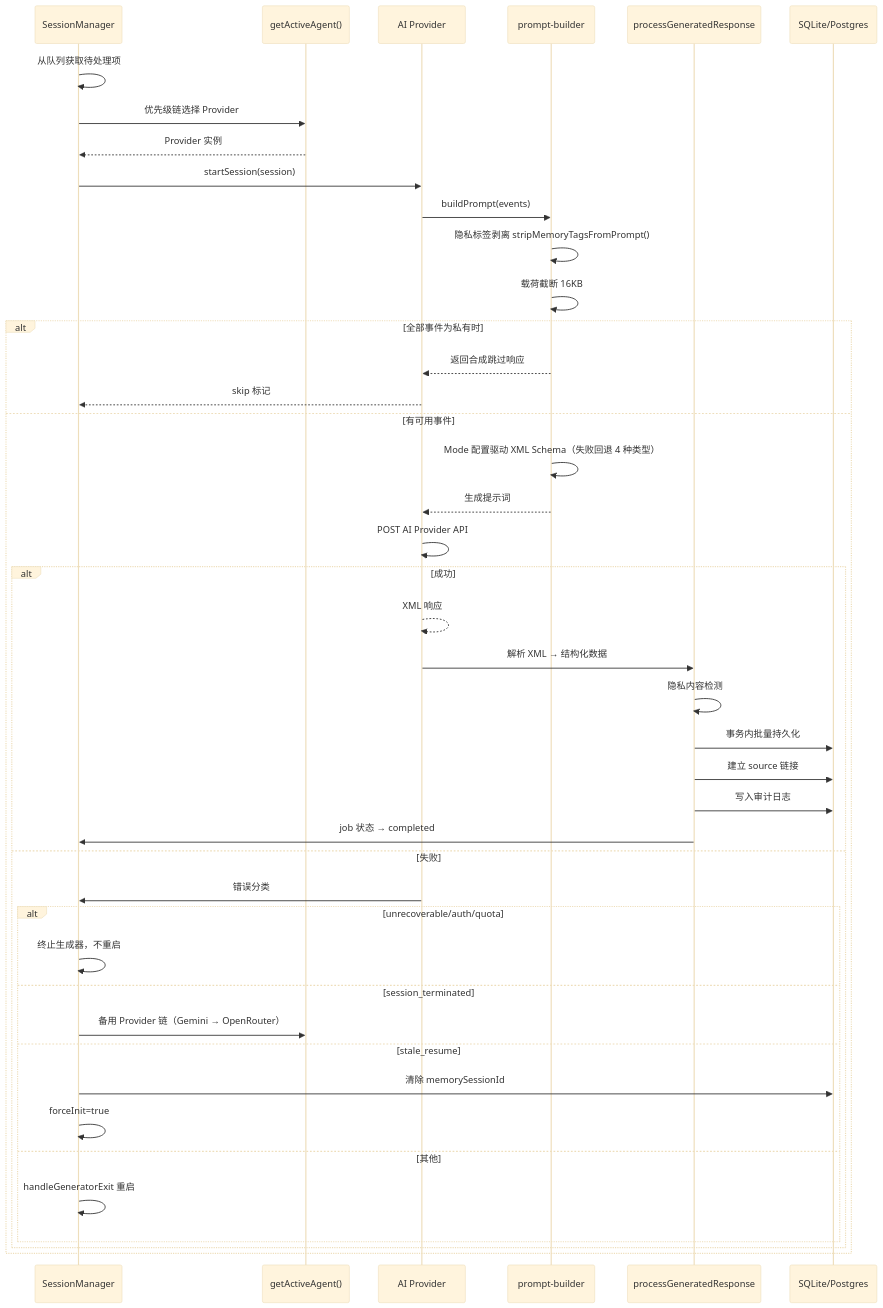
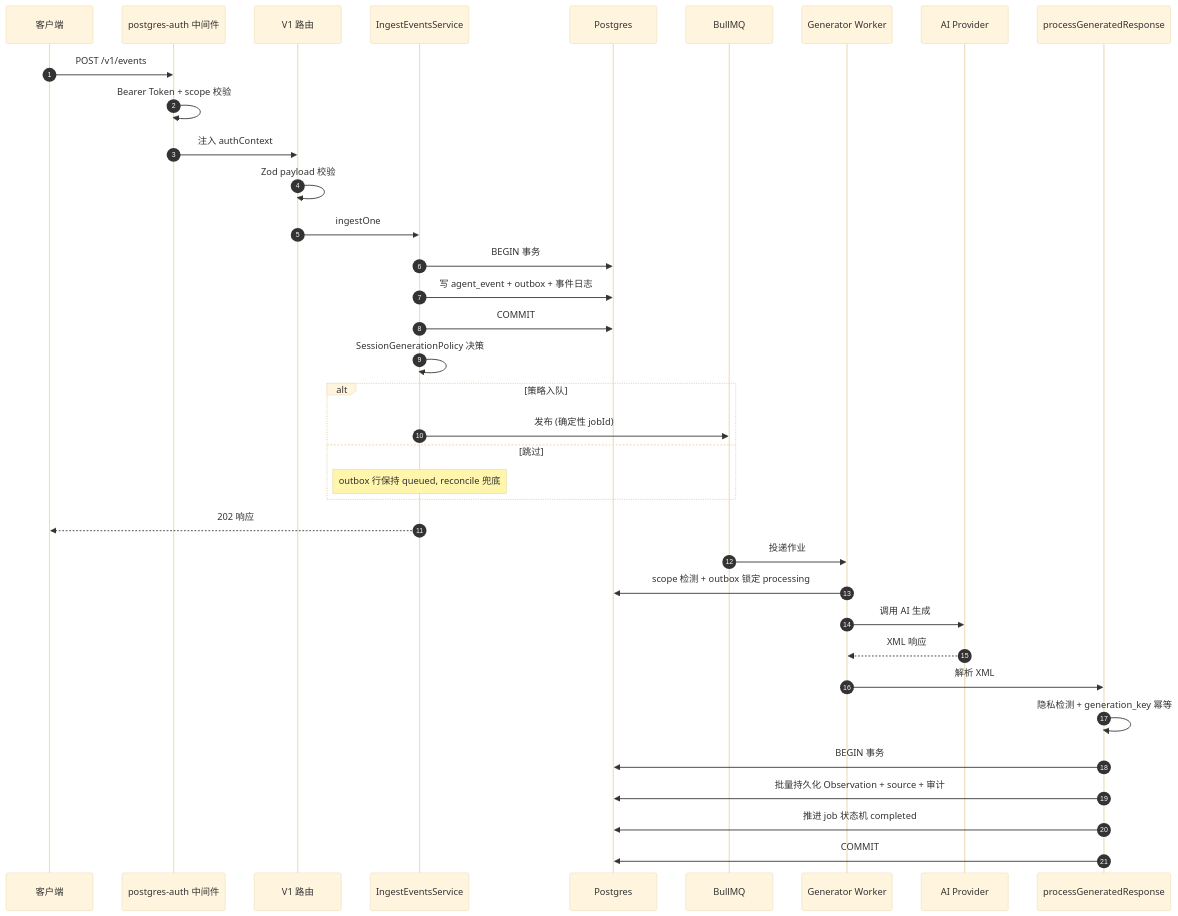
Before and after one commit to sharesdoc/claude-mem: diagram 11 of 14 in doc/B-系统设计文档.md, drawn with Mermaid (base theme). The commit also changed other lines of this file and 22 other files, not shown here.

````diff
--- a/doc/B-系统设计文档.md
+++ b/doc/B-系统设计文档.md
@@ -732,46 +679,39 @@
 ```mermaid
 sequenceDiagram
-    participant SM as SessionManager
-    participant AG as getActiveAgent()
-    participant Prov as AI Provider
-    participant PB as prompt-builder
+    autonumber
+    participant C as 客户端
+    participant MW as postgres-auth 中间件
+    participant R as V1 路由
+    participant ING as IngestEventsService
+    participant PG as Postgres
+    participant BQ as BullMQ
+    participant GW as Generator Worker
+    participant P as AI Provider
     participant PGR as processGeneratedResponse
-    participant DB as SQLite/Postgres
 
-    SM->>SM: 从队列获取待处理项
-    SM->>AG: 优先级链选择 Provider
-    AG-->>SM: Provider 实例
-    SM->>Prov: startSession(session)
-    Prov->>PB: buildPrompt(events)
-    PB->>PB: 隐私标签剥离 stripMemoryTagsFromPrompt()
-    PB->>PB: 载荷截断 16KB
-    alt 全部事件为私有时
-        PB-->>Prov: 返回合成跳过响应
-        Prov-->>SM: skip 标记
-    else 有可用事件
-        PB->>PB: Mode 配置驱动 XML Schema（失败回退 4 种类型）
-        PB-->>Prov: 生成提示词
-        Prov->>Prov: POST AI Provider API
-        alt 成功
-            Prov-->>Prov: XML 响应
-            Prov->>PGR: 解析 XML → 结构化数据
-            PGR->>PGR: 隐私内容检测
-            PGR->>DB: 事务内批量持久化
-            PGR->>DB: 建立 source 链接
-            PGR->>DB: 写入审计日志
-            PGR->>SM: job 状态 → completed
-        else 失败
-            Prov->>SM: 错误分类
-            alt unrecoverable/auth/quota
-                SM->>SM: 终止生成器，不重启
-            else session_terminated
-                SM->>AG: 备用 Provider 链（Gemini → OpenRouter）
-            else stale_resume
-                SM->>DB: 清除 memorySessionId
-                SM->>SM: forceInit=true
-            else 其他
-                SM->>SM: handleGeneratorExit 重启
-            end
-        end
+    C->>MW: POST /v1/events
+    MW->>MW: Bearer Token + scope 校验
+    MW->>R: 注入 authContext
+    R->>R: Zod payload 校验
+    R->>ING: ingestOne
+    ING->>PG: BEGIN 事务
+    ING->>PG: 写 agent_event + outbox + 事件日志
+    ING->>PG: COMMIT
+    ING->>ING: SessionGenerationPolicy 决策
+    alt 策略入队
+        ING->>BQ: 发布 (确定性 jobId)
+    else 跳过
+        Note over ING: outbox 行保持 queued, reconcile 兜底
     end
+    ING-->>C: 202 响应
+    BQ->>GW: 投递作业
+    GW->>PG: scope 检测 + outbox 锁定 processing
+    GW->>P: 调用 AI 生成
+    P-->>GW: XML 响应
+    GW->>PGR: 解析 XML
+    PGR->>PGR: 隐私检测 + generation_key 幂等
+    PGR->>PG: BEGIN 事务
+    PGR->>PG: 批量持久化 Observation + source + 审计
+    PGR->>PG: 推进 job 状态机 completed
+    PGR->>PG: COMMIT
 ```
````
